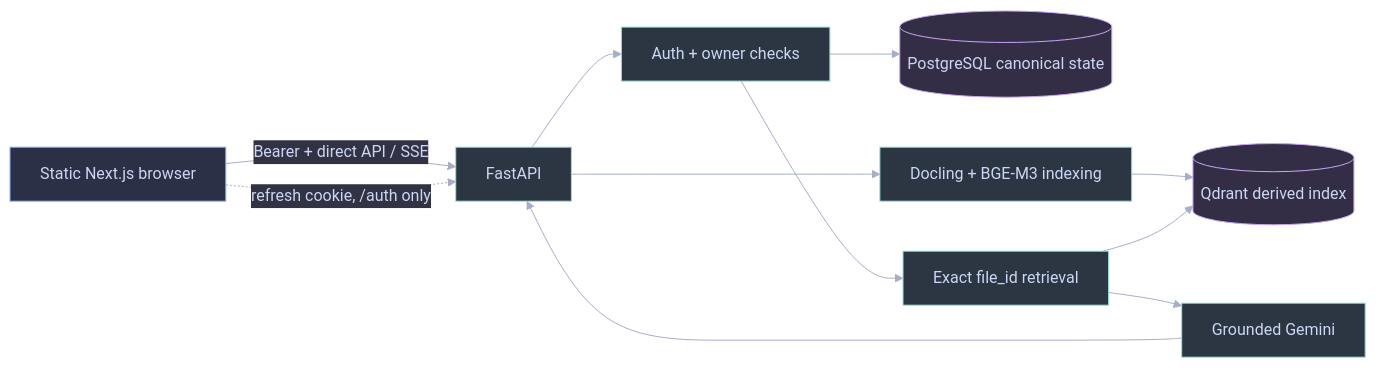
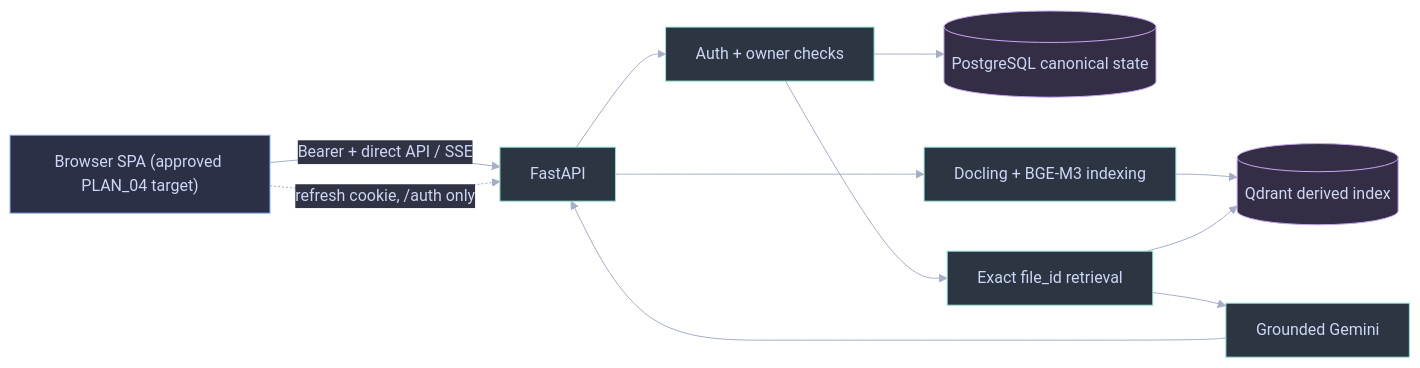
Before and after one commit to RyxnDmello/atlas: the third of 5 diagrams in AGENTS.md, drawn with Mermaid. The commit also changed other lines of this file and 90 other files, not shown here.

````diff
--- a/AGENTS.md
+++ b/AGENTS.md
@@ -336,24 +340,24 @@
 ```mermaid
 %%{init: {'theme': 'base', 'themeVariables': {'background': '#1e1e2e', 'primaryColor': '#45475a', 'primaryTextColor': '#cdd6f4', 'primaryBorderColor': '#89b4fa', 'lineColor': '#a6adc8', 'secondaryColor': '#313244', 'tertiaryColor': '#181825', 'fontFamily': 'Inter, sans-serif'}}}%%
 flowchart LR
-    Client["Static Next.js browser"] -->|"Bearer + direct API / SSE"| API["FastAPI"]
+    Client["Browser SPA (approved PLAN_04 target)"] -->|"Bearer + direct API / SSE"| API["FastAPI"]
     Client -.->|"refresh cookie, /auth only"| API
     API --> Auth["Auth + owner checks"]
     Auth --> PG[("PostgreSQL canonical state")]
     API --> Ingest["Docling + BGE-M3 indexing"]
     Ingest --> Q[("Qdrant derived index")]
     Auth --> Retrieve["Exact file_id retrieval"]
     Retrieve --> Q
     Retrieve --> LLM["Grounded Gemini"]
     LLM --> API
     class Client client;
     class API,Auth,Ingest,Retrieve,LLM service;
     class PG,Q storage;
     classDef client fill:#2b3046,stroke:#89b4fa,stroke-width:1px,color:#cdd6f4;
     classDef service fill:#2c3642,stroke:#94e2d5,stroke-width:1px,color:#cdd6f4;
     classDef storage fill:#332e46,stroke:#cba6f7,stroke-width:1px,color:#cdd6f4;
     classDef verified fill:#2e363c,stroke:#a6e3a1,stroke-width:1px,color:#cdd6f4;
     classDef planned fill:#30323f,stroke:#b4befe,stroke-width:1px,color:#cdd6f4;
     classDef caution fill:#38362e,stroke:#f9e2af,stroke-width:1px,color:#cdd6f4;
     classDef denied fill:#39303d,stroke:#f38ba8,stroke-width:1px,color:#cdd6f4;
 ```
````
